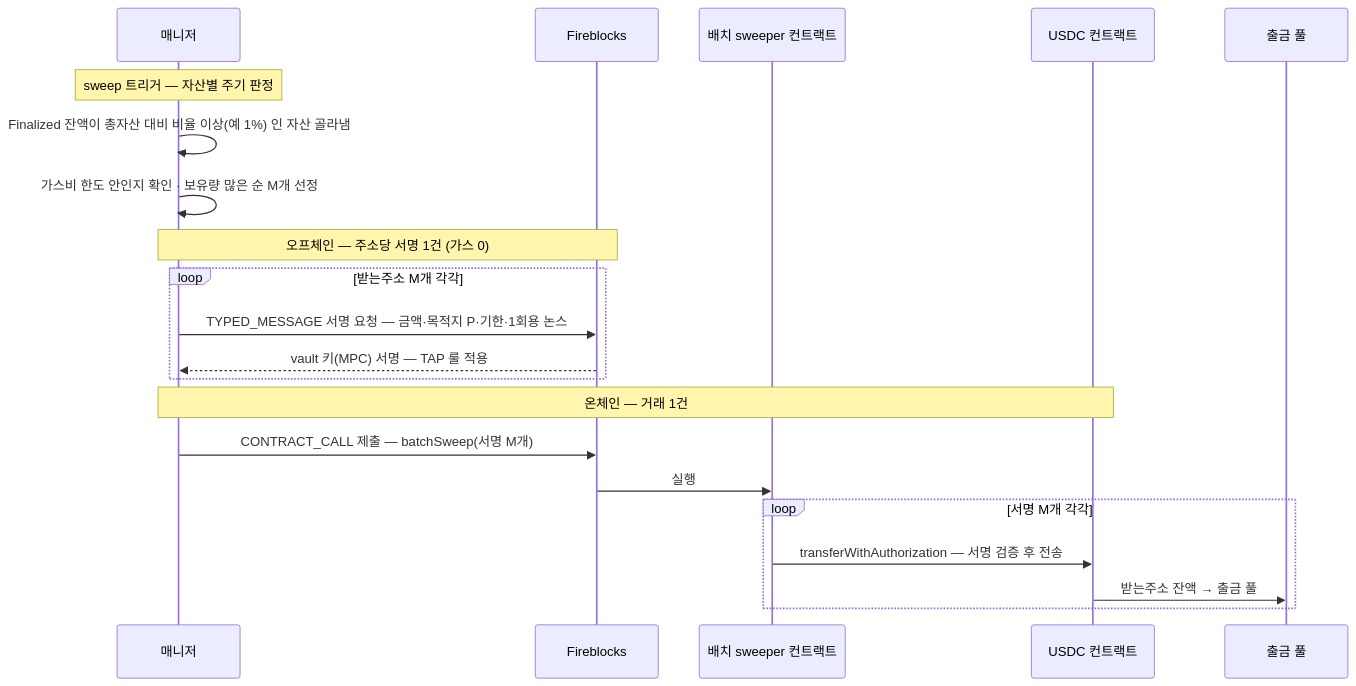
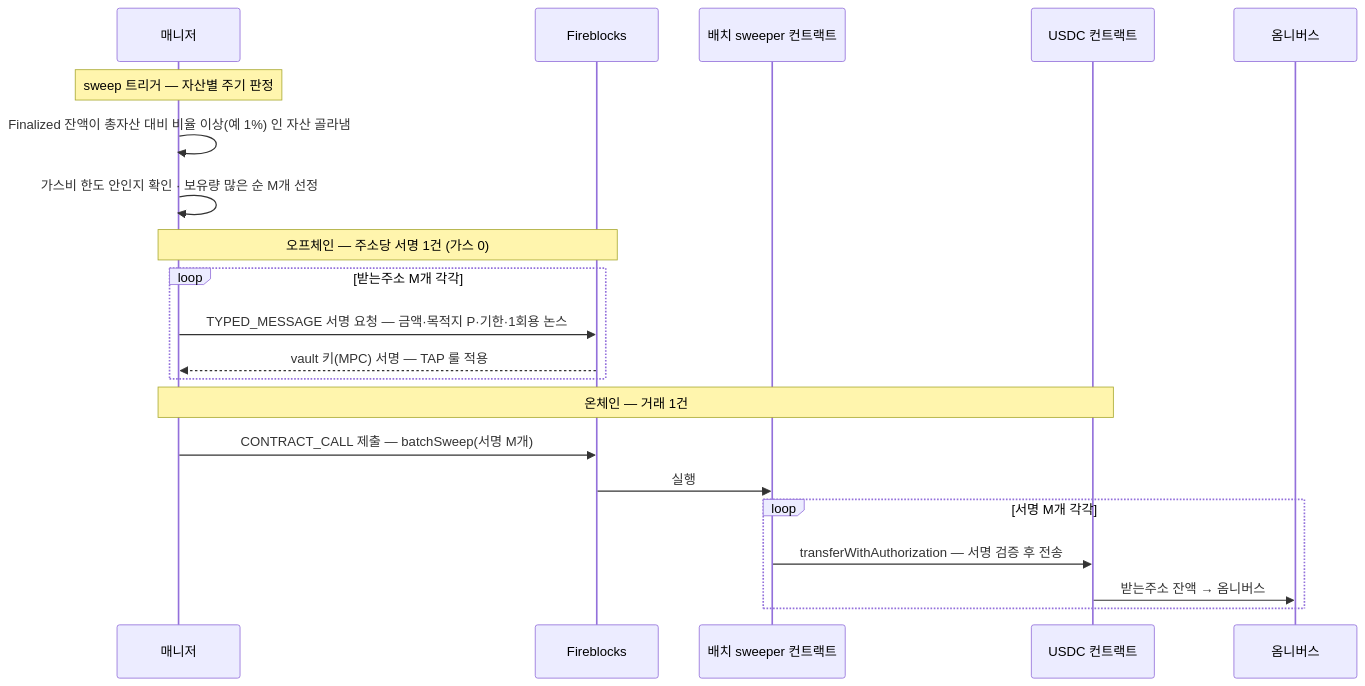
One commit to eunsujeo/fireblocks-test changed the first of 3 diagrams in docs/design/98-batch-sweep.md. Above: the diagram before and after it, drawn with Mermaid. The commit also changed other lines of this file and 12 other files, not shown here.

````diff
--- a/docs/design/98-batch-sweep.md
+++ b/docs/design/98-batch-sweep.md
@@ -39,24 +43,24 @@
 ```mermaid
 sequenceDiagram
   participant M as 매니저
   participant F as Fireblocks
   participant S as 배치 sweeper 컨트랙트
   participant T as USDC 컨트랙트
-  participant P as 출금 풀
+  participant P as 옴니버스
 
   Note over M: sweep 트리거 — 자산별 주기 판정
   M->>M: Finalized 잔액이 총자산 대비 비율 이상(예 1%) 인 자산 골라냄
   M->>M: 가스비 한도 안인지 확인 · 보유량 많은 순 M개 선정
   Note over M,F: 오프체인 — 주소당 서명 1건 (가스 0)
   loop 받는주소 M개 각각
     M->>F: TYPED_MESSAGE 서명 요청 — 금액·목적지 P·기한·1회용 논스
     F-->>M: vault 키(MPC) 서명 — TAP 룰 적용
   end
   Note over M,T: 온체인 — 거래 1건
   M->>F: CONTRACT_CALL 제출 — batchSweep(서명 M개)
   F->>S: 실행
   loop 서명 M개 각각
     S->>T: transferWithAuthorization — 서명 검증 후 전송
-    T->>P: 받는주소 잔액 → 출금 풀
+    T->>P: 받는주소 잔액 → 옴니버스
   end
 ```
````
